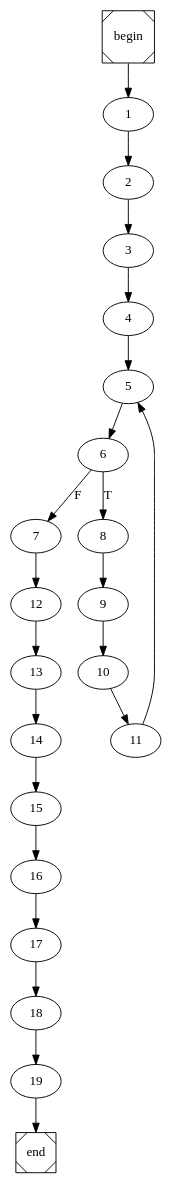
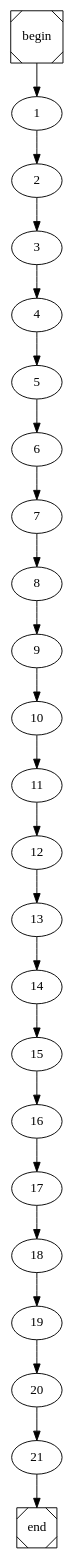
Before and after one commit to arubenruben/JMM-Compiler: the diagram in main.dot, drawn with Graphviz. The commit also changed 9 other files, not shown here.

```diff
--- a/main.dot
+++ b/main.dot
@@ -1,4 +1,4 @@
 digraph cfg {
 	begin [shape=Msquare];
 	end [shape=Msquare];
-	begin -> 1;	1 -> 2;	2 -> 3;	3 -> 4;	4 -> 5;	5 -> 6;	6 -> 8[label=T];	6 -> 7[label=F];	7 -> 12;	8 -> 9;	9 -> 10;	10 -> 11;	11 -> 5;	12 -> 13;	13 -> 14;	14 -> 15;	15 -> 16;	16 -> 17;	17 -> 18;	18 -> 19;	19 -> end;}
+	begin -> 1;	1 -> 2;	2 -> 3;	3 -> 4;	4 -> 5;	5 -> 6;	6 -> 7;	7 -> 8;	8 -> 9;	9 -> 10;	10 -> 11;	11 -> 12;	12 -> 13;	13 -> 14;	14 -> 15;	15 -> 16;	16 -> 17;	17 -> 18;	18 -> 19;	19 -> 20;	20 -> 21;	21 -> end;}
```
